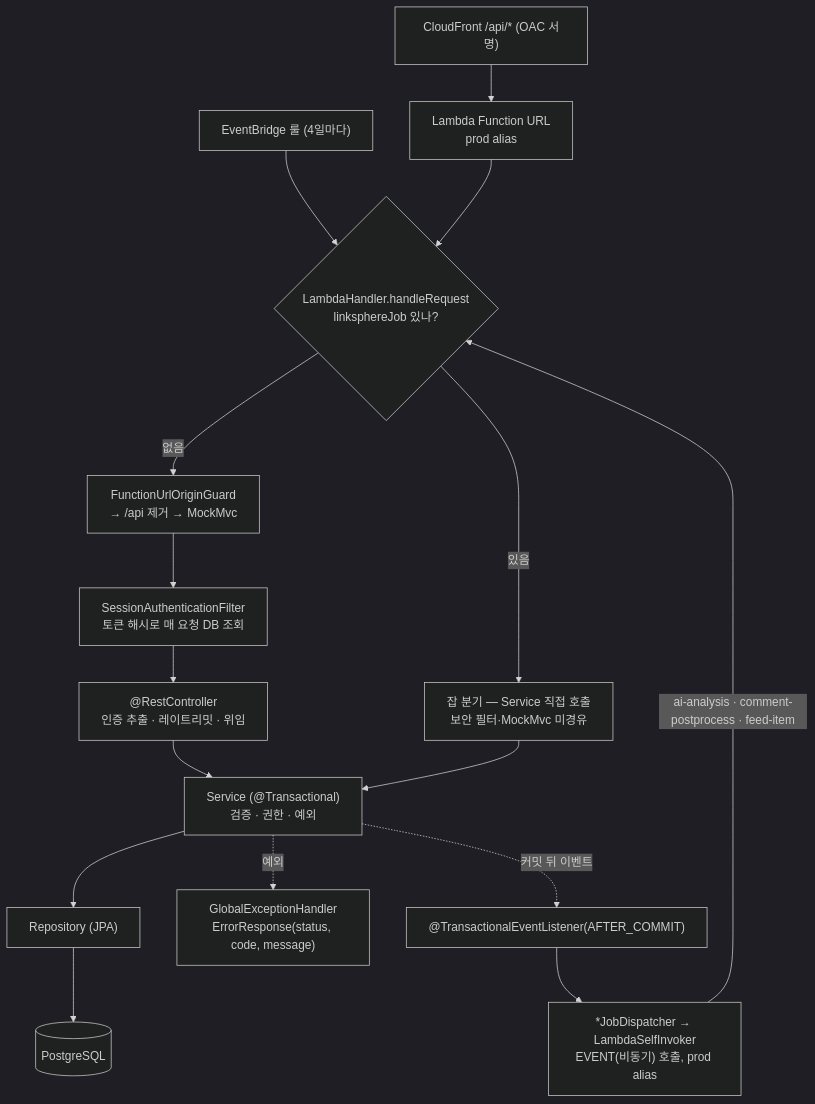
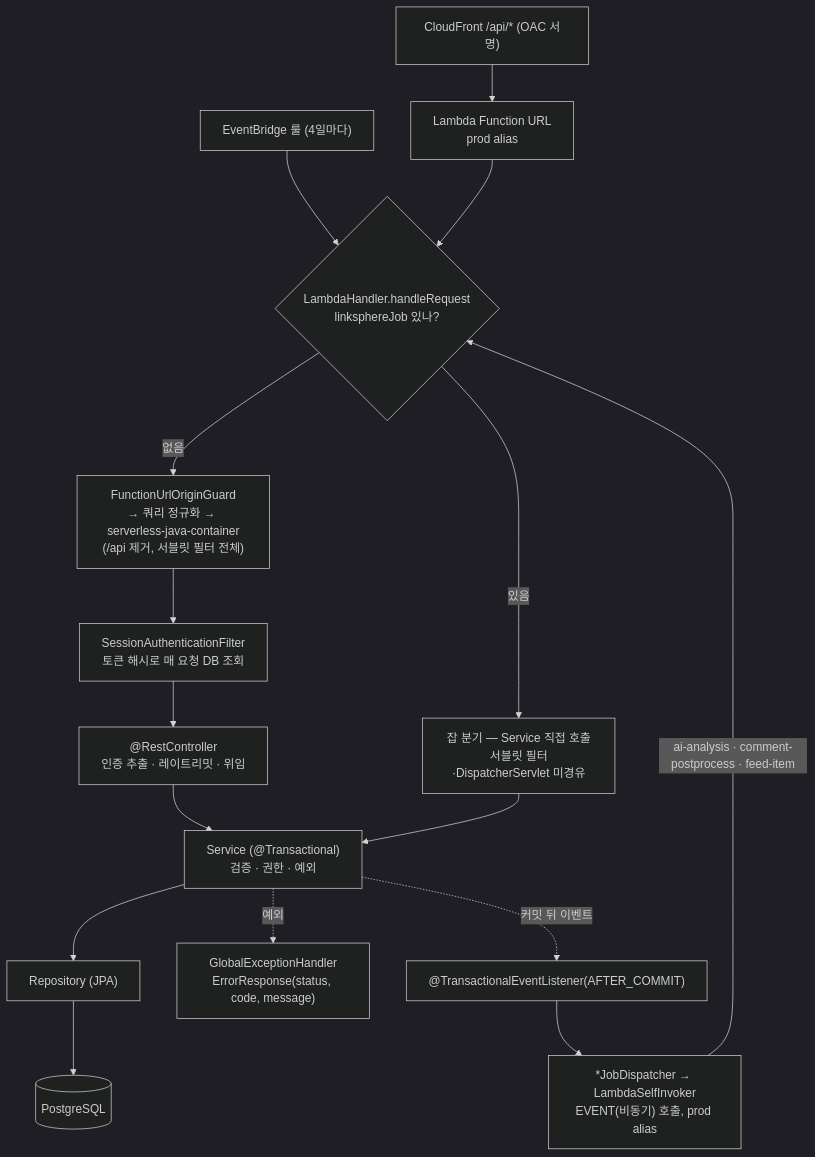
One commit to BAECHAN/link-sphere_BE_NEW changed the first of 4 diagrams in docs/BE-ARCHITECTURE.md. Above: the diagram before and after it, drawn with Mermaid (dark theme). The commit also changed other lines of this file and 22 other files, not shown here.

````diff
--- a/docs/BE-ARCHITECTURE.md
+++ b/docs/BE-ARCHITECTURE.md
@@ -24,17 +25,17 @@
 ```mermaid
 flowchart TD
   CF["CloudFront /api/* (OAC 서명)"] --> URL["Lambda Function URL<br/>prod alias"]
   EB["EventBridge 룰 (4일마다)"] --> H
   URL --> H{"LambdaHandler.handleRequest<br/>linksphereJob 있나?"}
-  H -->|"있음"| JOB["잡 분기 — Service 직접 호출<br/>보안 필터·MockMvc 미경유"]
-  H -->|"없음"| G["FunctionUrlOriginGuard<br/>→ /api 제거 → MockMvc"]
+  H -->|"있음"| JOB["잡 분기 — Service 직접 호출<br/>서블릿 필터·DispatcherServlet 미경유"]
+  H -->|"없음"| G["FunctionUrlOriginGuard<br/>→ 쿼리 정규화 → serverless-java-container<br/>(/api 제거, 서블릿 필터 전체)"]
   G --> F["SessionAuthenticationFilter<br/>토큰 해시로 매 요청 DB 조회"]
   F --> C["@RestController<br/>인증 추출 · 레이트리밋 · 위임"]
   C --> S["Service (@Transactional)<br/>검증 · 권한 · 예외"]
   S --> R["Repository (JPA)"] --> DB[("PostgreSQL")]
   S -.->|"예외"| EH["GlobalExceptionHandler<br/>ErrorResponse(status, code, message)"]
   S -.->|"커밋 뒤 이벤트"| AC["@TransactionalEventListener(AFTER_COMMIT)"]
   AC --> D["*JobDispatcher → LambdaSelfInvoker<br/>EVENT(비동기) 호출, prod alias"]
   D -->|"ai-analysis · comment-postprocess · feed-item"| H
   JOB --> S
 ```
````
